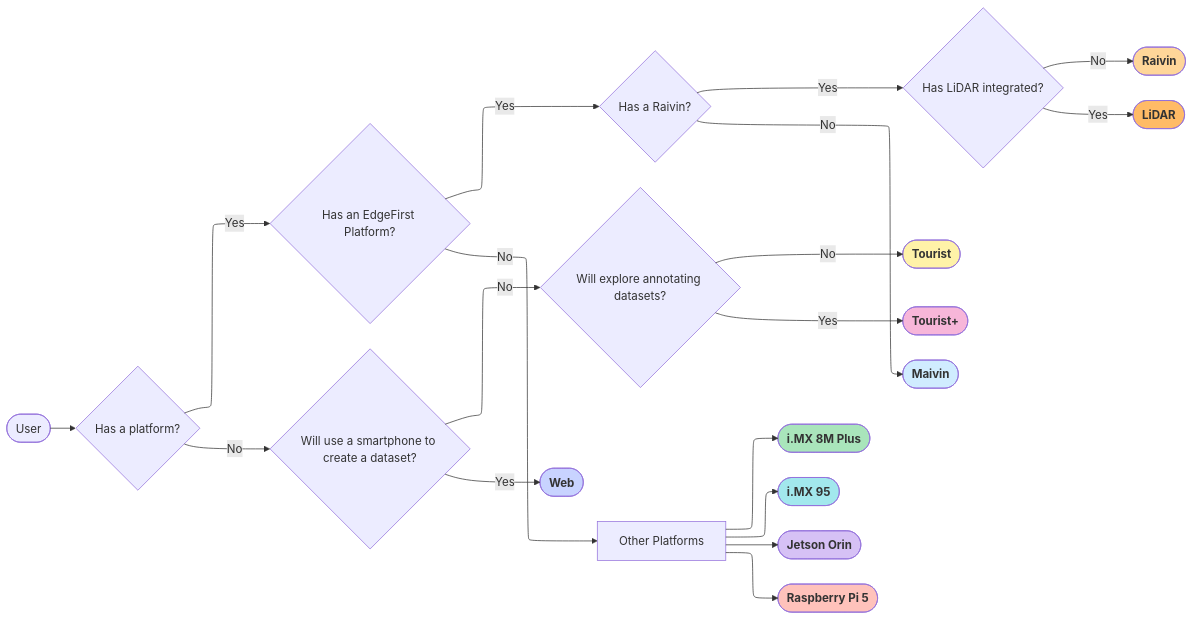
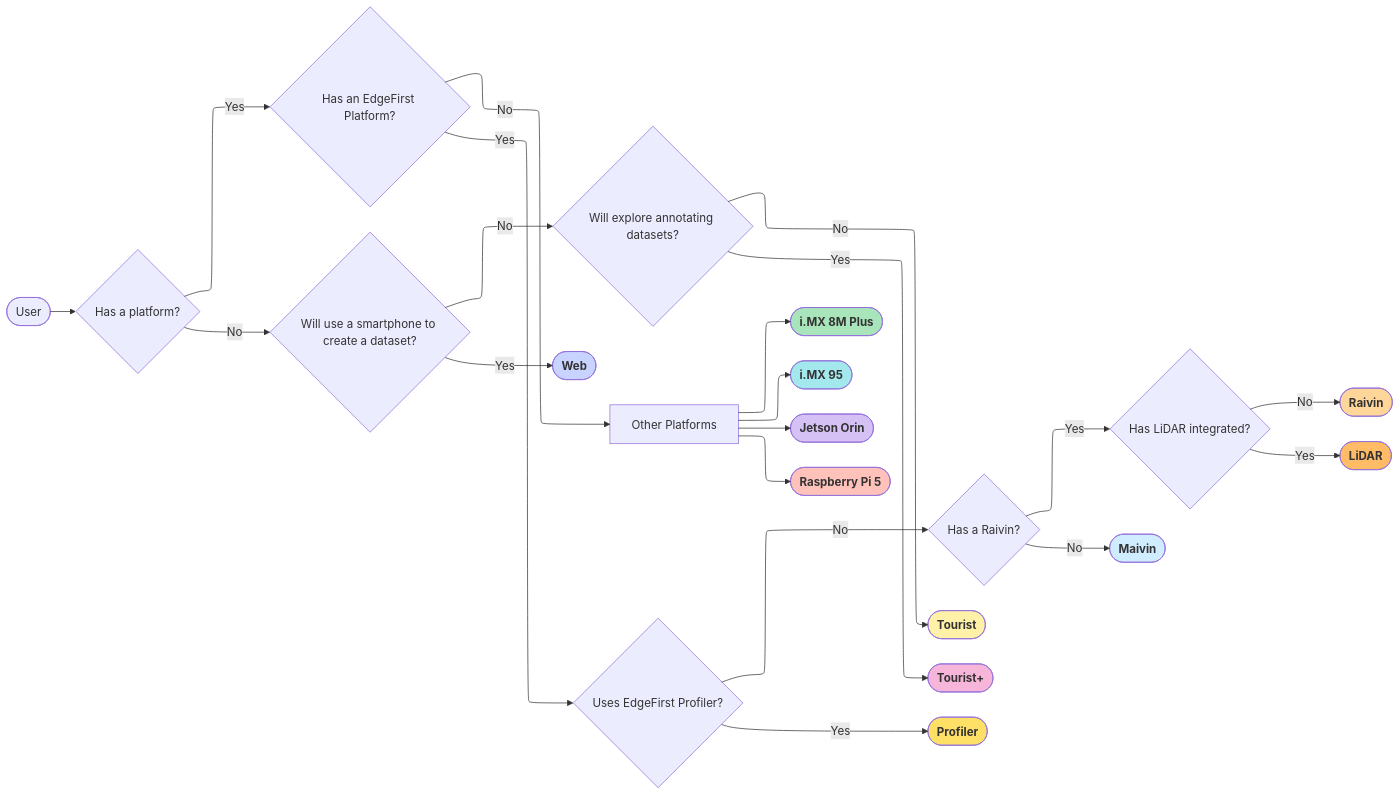
One commit to EdgeFirstAI/documentation changed the first of 2 diagrams in docs/getting_started/workflows/index.md. Above: the diagram before and after it, drawn with Mermaid. The commit also changed other lines of this file and 21 other files, not shown here.

````diff
--- a/docs/getting_started/workflows/index.md
+++ b/docs/getting_started/workflows/index.md
@@ -13,55 +13,59 @@
 ```mermaid
 %%{init: {"flowchart": {"defaultRenderer": "elk"}} }%%
 flowchart LR
     %% User Definitions
     user([User])
     platform{Has a platform?}
     edgefirst_platform{Has an EdgeFirst Platform?}
     raivin_platform{Has a Raivin?}
     record{Will use a smartphone to create a dataset?}
     annotate_pd{Will explore annotating datasets?}
     with_lidar{Has LiDAR integrated?}
 
     tourist([Tourist]):::yellow
     tourist_plus([Tourist+]):::pink
     web_user([Web]):::indigo
     maivin_user([Maivin]):::blue
     raivin_user([Raivin]):::orange
     raivin_lidar_user([LiDAR]):::darker_orange
     imx8mp_user([i.MX 8M Plus]):::green
     imx95_user([i.MX 95]):::teal 
     orin_user([Jetson Orin]):::purple 
     pi_user([Raspberry Pi 5]):::coral
+    profiler_user([Profiler]):::gold
     other_platforms[Other Platforms]
 
     classDef yellow fill:#fff2a8,font-weight:bold;
     classDef pink fill:#f7b6d9,font-weight:bold;
     classDef indigo fill:#c8d3ff,font-weight:bold;
     classDef blue fill:#d0ecff,font-weight:bold;
     classDef teal fill:#a2e8ed,font-weight:bold;
     classDef orange fill:#ffd699,font-weight:bold;
     classDef darker_orange fill:#ffbb66,font-weight:bold;
     classDef green fill:#a9e5bb,font-weight:bold;
     classDef purple fill:#d6c1f5,font-weight:bold;
     classDef coral fill:#ffc2bb,font-weight:bold;
+    classDef gold fill:#ffe066,font-weight:bold;
     classDef all fill:#f0e6f5,font-weight:bold;
 
     %% Flowchart
     user --> platform
     platform -- Yes --> edgefirst_platform
     platform -- No --> record
     record -- Yes --> web_user
     record -- No --> annotate_pd
     annotate_pd -- Yes --> tourist_plus
     annotate_pd -- No --> tourist
-    edgefirst_platform -- Yes --> raivin_platform 
+    edgefirst_platform -- Yes --> uses_profiler{Uses EdgeFirst Profiler?}
+    uses_profiler -- Yes --> profiler_user
+    uses_profiler -- No --> raivin_platform
     edgefirst_platform -- No --> other_platforms
     other_platforms --> imx8mp_user
     other_platforms --> imx95_user
     other_platforms --> orin_user
     other_platforms --> pi_user
     raivin_platform -- Yes --> with_lidar
     with_lidar -- Yes --> raivin_lidar_user
     with_lidar -- No --> raivin_user
     raivin_platform -- No --> maivin_user
 ```
````
